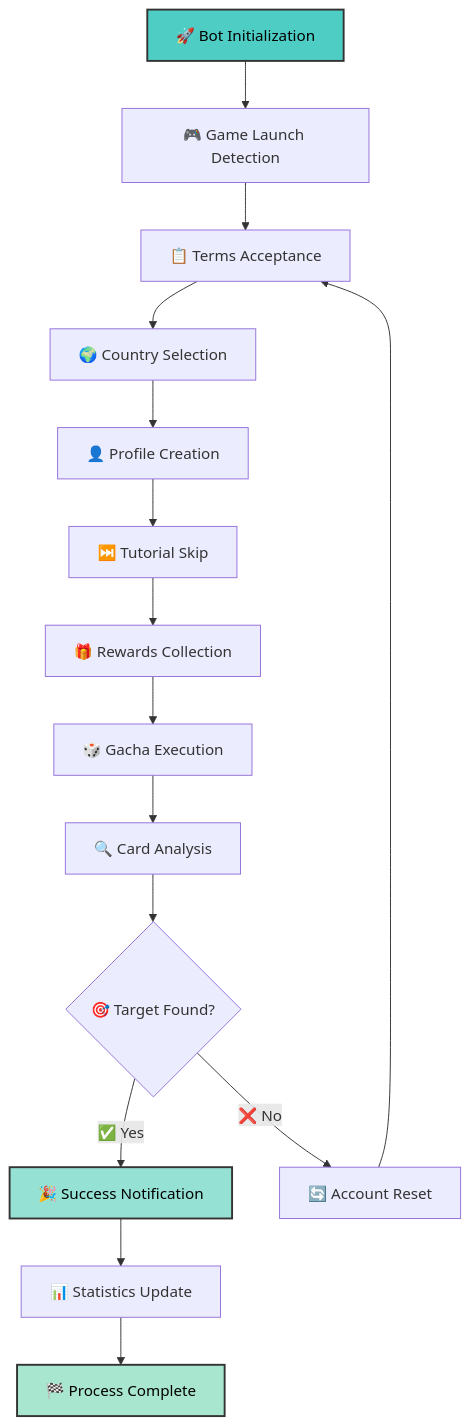
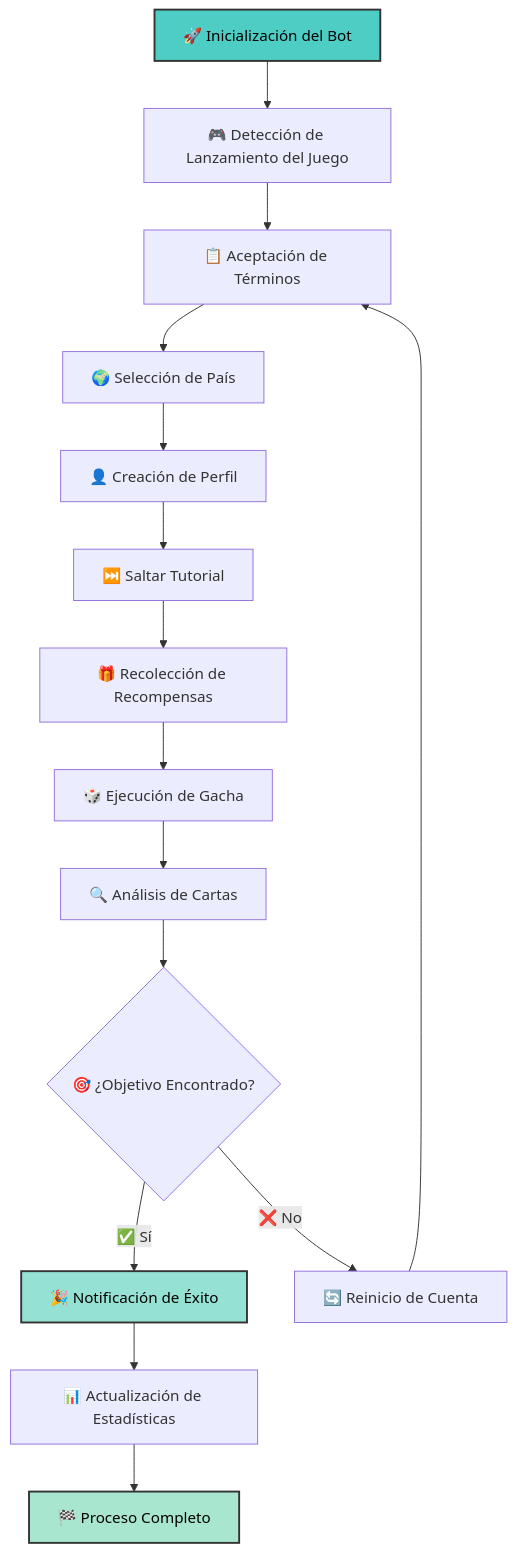
Before and after one commit to WualterS00/Umapyoi-AutoReroll: the diagram in README.md, drawn with Mermaid. The commit also changed other lines of this file, not shown here.

````diff
--- a/README.md
+++ b/README.md
@@ -155,21 +119,21 @@
 ```mermaid
 graph TD
-    A[🚀 Bot Initialization] --> B[🎮 Game Launch Detection]
-    B --> C[📋 Terms Acceptance]
-    C --> D[🌍 Country Selection]
-    D --> E[👤 Profile Creation]
-    E --> F[⏭️ Tutorial Skip]
-    F --> G[🎁 Rewards Collection]
-    G --> H[🎲 Gacha Execution]
-    H --> I[🔍 Card Analysis]
-    I --> J{🎯 Target Found?}
-    J -->|✅ Yes| K[🎉 Success Notification]
-    J -->|❌ No| L[🔄 Account Reset]
+    A[🚀 Inicialización del Bot] --> B[🎮 Detección de Lanzamiento del Juego]
+    B --> C[📋 Aceptación de Términos]
+    C --> D[🌍 Selección de País]
+    D --> E[👤 Creación de Perfil]
+    E --> F[⏭️ Saltar Tutorial]
+    F --> G[🎁 Recolección de Recompensas]
+    G --> H[🎲 Ejecución de Gacha]
+    H --> I[🔍 Análisis de Cartas]
+    I --> J{🎯 ¿Objetivo Encontrado?}
+    J -->|✅ Sí| K[🎉 Notificación de Éxito]
+    J -->|❌ No| L[🔄 Reinicio de Cuenta]
     L --> C
-    K --> M[📊 Statistics Update]
-    M --> N[🏁 Process Complete]
+    K --> M[📊 Actualización de Estadísticas]
+    M --> N[🏁 Proceso Completo]
     
     style A fill:#4ECDC4,stroke:#333,stroke-width:2px,color:#000
     style K fill:#95E1D3,stroke:#333,stroke-width:2px,color:#000
     style N fill:#A8E6CF,stroke:#333,stroke-width:2px,color:#000
 ```
````
